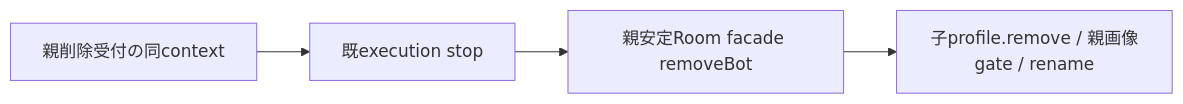
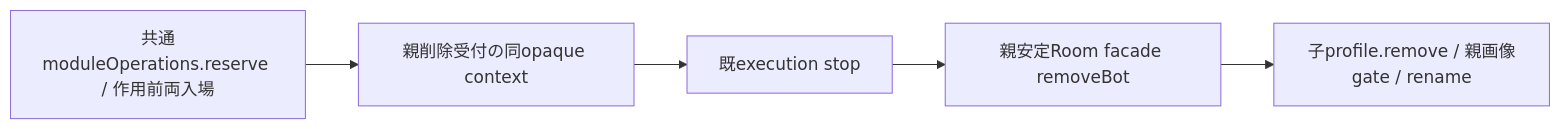
One commit to kitepon/BellTeam changed the second of 2 diagrams in docs/architecture/modules/members/deletion.md. Above: the diagram before and after it, drawn with Mermaid. The commit also changed other lines of this file and 5 other files, not shown here.

Commit message:
feat(members): reserve module operation context before scheduled work and removal

````diff
--- a/docs/architecture/modules/members/deletion.md
+++ b/docs/architecture/modules/members/deletion.md
@@ -64,6 +64,7 @@
 ```mermaid
 flowchart LR
-  Existing[親削除受付の同context] --> Stop[既execution stop]
+  Reserve[共通moduleOperations.reserve / 作用前両入場] --> Existing[親削除受付の同opaque context]
+  Existing --> Stop[既execution stop]
   Stop --> Rooms[親安定Room facade removeBot]
   Rooms --> Remove[子profile.remove / 親画像gate / rename]
 ```
````
